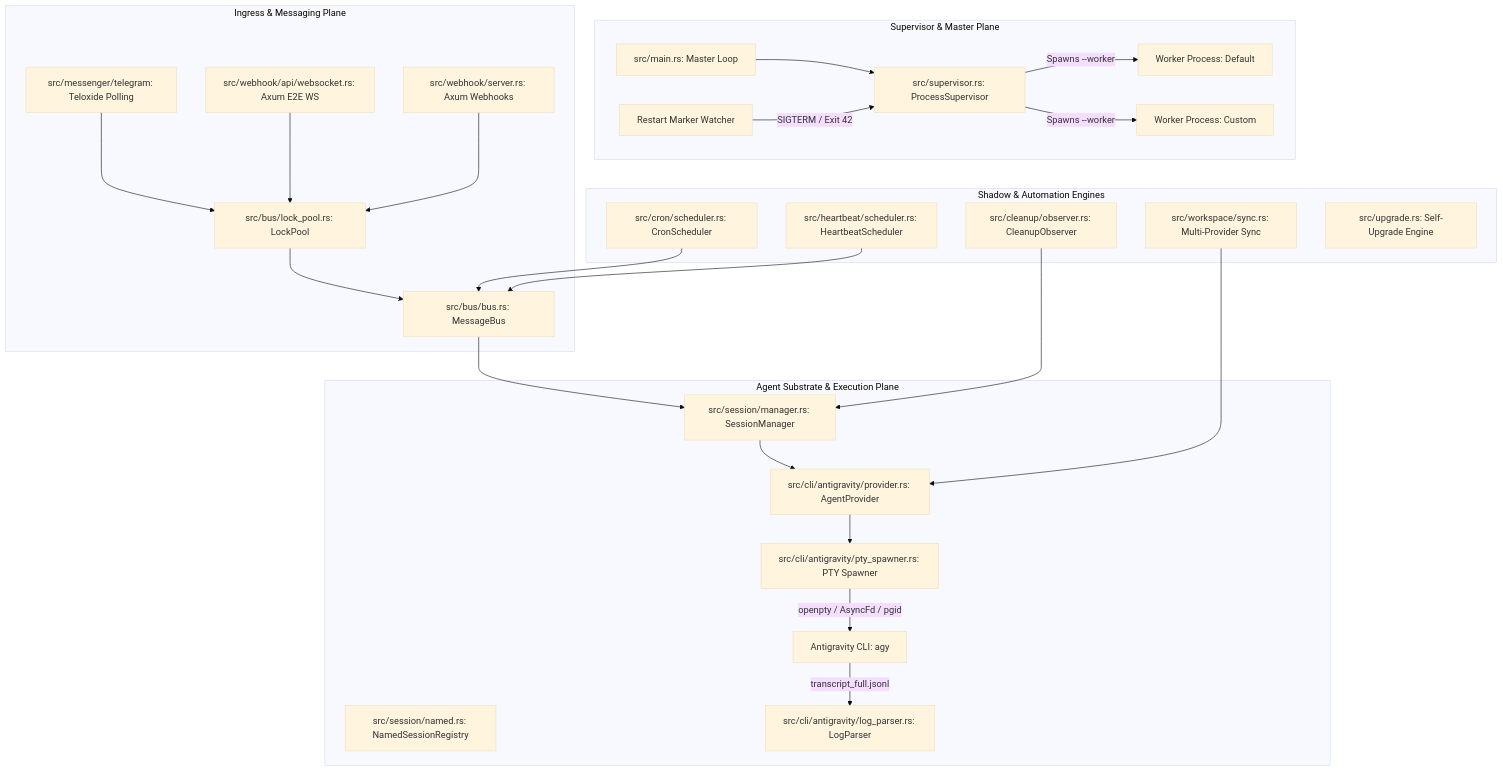
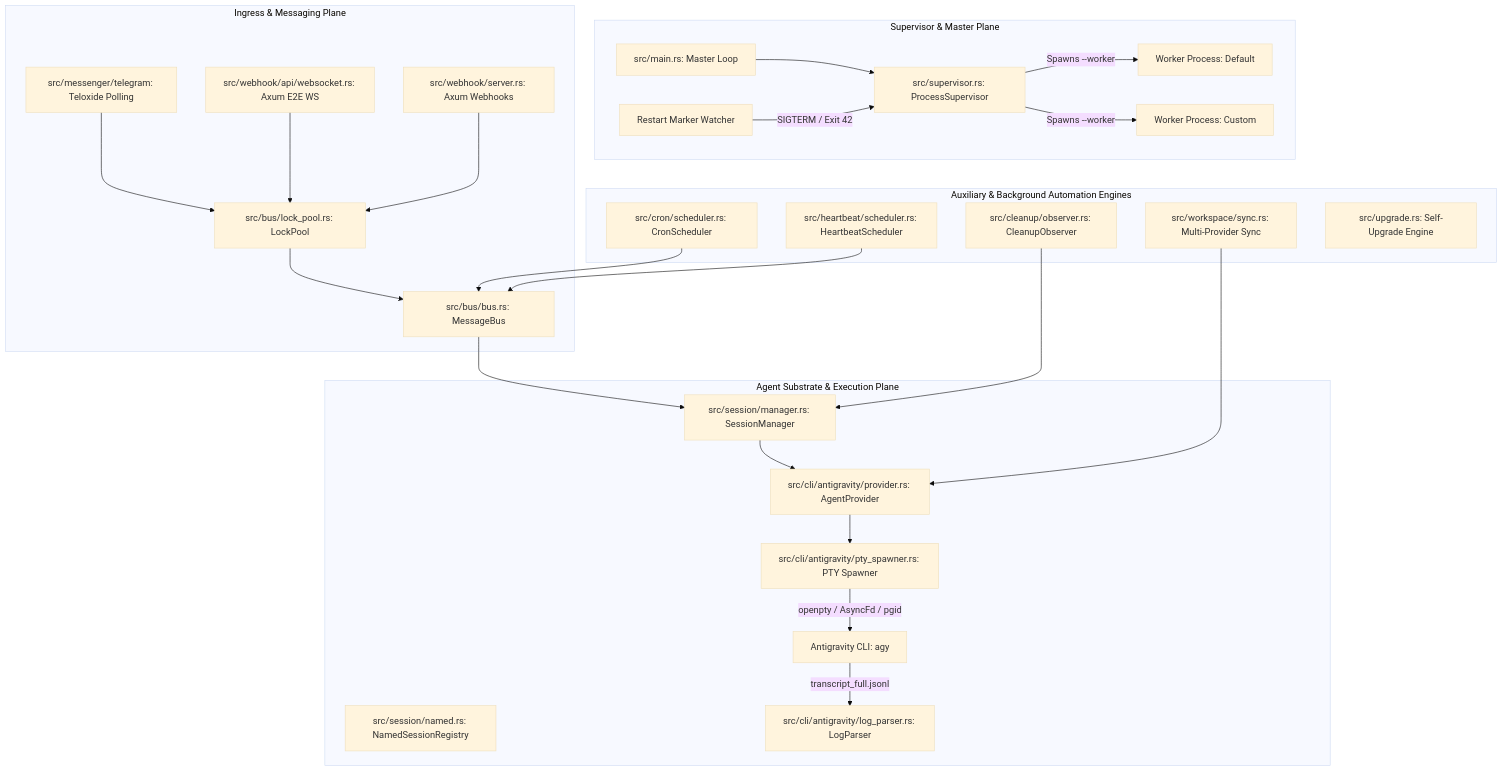
The first of 4 diagrams in README.md (imwoo90/tuner), drawn with Mermaid (base theme) before and after one commit. The commit also changed other lines of this file, not shown here.

Commit message:
docs: refine architecture headers to standard software engineering terminology

````diff
--- a/README.md
+++ b/README.md
@@ -178,52 +178,52 @@
 ```mermaid
 flowchart TB
     subgraph SupervisorPlane [Supervisor & Master Plane]
         Main[src/main.rs: Master Loop]
         Super[src/supervisor.rs: ProcessSupervisor]
         RestartWatcher[Restart Marker Watcher]
         Main --> Super
         Super -->|Spawns --worker <profile>| WorkerA[Worker Process: Default]
         Super -->|Spawns --worker <profile>| WorkerB[Worker Process: Custom]
         RestartWatcher -->|SIGTERM / Exit 42| Super
     end
 
     subgraph IngressTransports [Ingress & Messaging Plane]
         TG[src/messenger/telegram: Teloxide Polling]
         WS[src/webhook/api/websocket.rs: Axum E2E WS]
         WH[src/webhook/server.rs: Axum Webhooks]
         Bus[src/bus/bus.rs: MessageBus]
         Lock[src/bus/lock_pool.rs: LockPool]
         
         TG --> Lock
         WS --> Lock
         WH --> Lock
         Lock --> Bus
     end
 
     subgraph CoreRuntimes [Agent Substrate & Execution Plane]
         SessMgr[src/session/manager.rs: SessionManager]
         NamedReg[src/session/named.rs: NamedSessionRegistry]
         Provider[src/cli/antigravity/provider.rs: AgentProvider]
         PTY[src/cli/antigravity/pty_spawner.rs: PTY Spawner]
         Parser[src/cli/antigravity/log_parser.rs: LogParser]
         
         Bus --> SessMgr
         SessMgr --> Provider
         Provider --> PTY
         PTY -->|openpty / AsyncFd / pgid| AgyCLI[Antigravity CLI: agy]
         AgyCLI -->|transcript_full.jsonl| Parser
     end
 
-    subgraph AuxiliaryShadowPlanes [Shadow & Automation Engines]
+    subgraph AuxiliarySubsystems [Auxiliary & Background Automation Engines]
         Cron[src/cron/scheduler.rs: CronScheduler]
         HB[src/heartbeat/scheduler.rs: HeartbeatScheduler]
         Clean[src/cleanup/observer.rs: CleanupObserver]
         Sync[src/workspace/sync.rs: Multi-Provider Sync]
         Upgrade[src/upgrade.rs: Self-Upgrade Engine]
         
         Cron --> Bus
         HB --> Bus
         Clean --> SessMgr
         Sync --> Provider
     end
 ```
````
